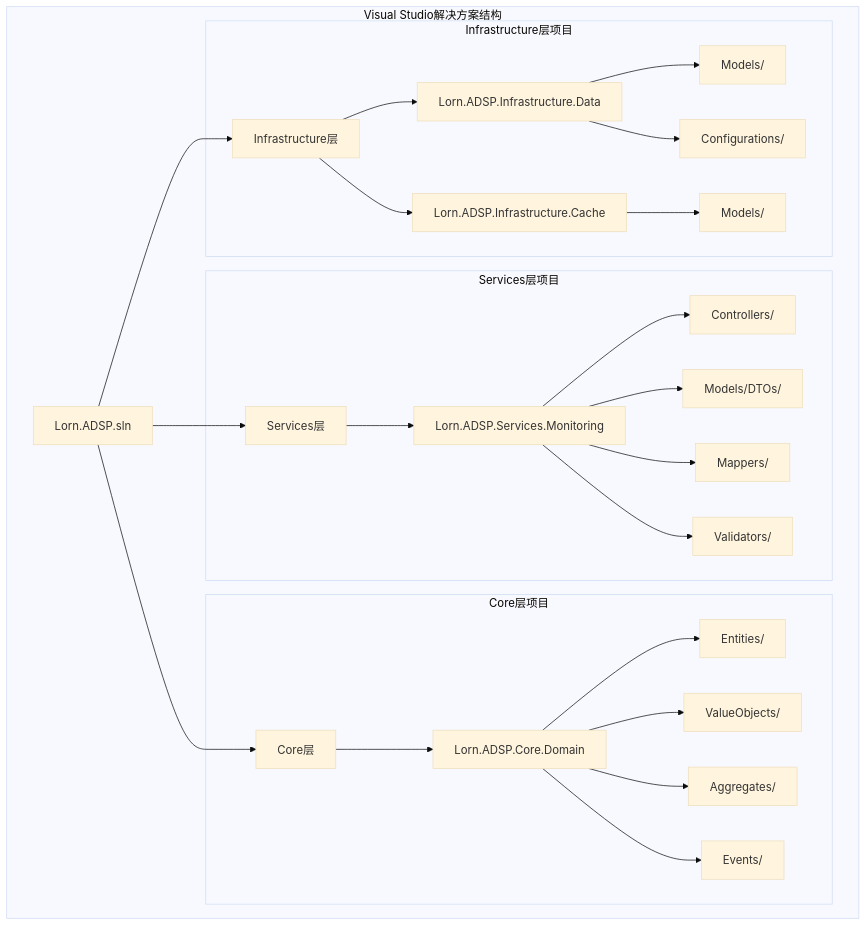
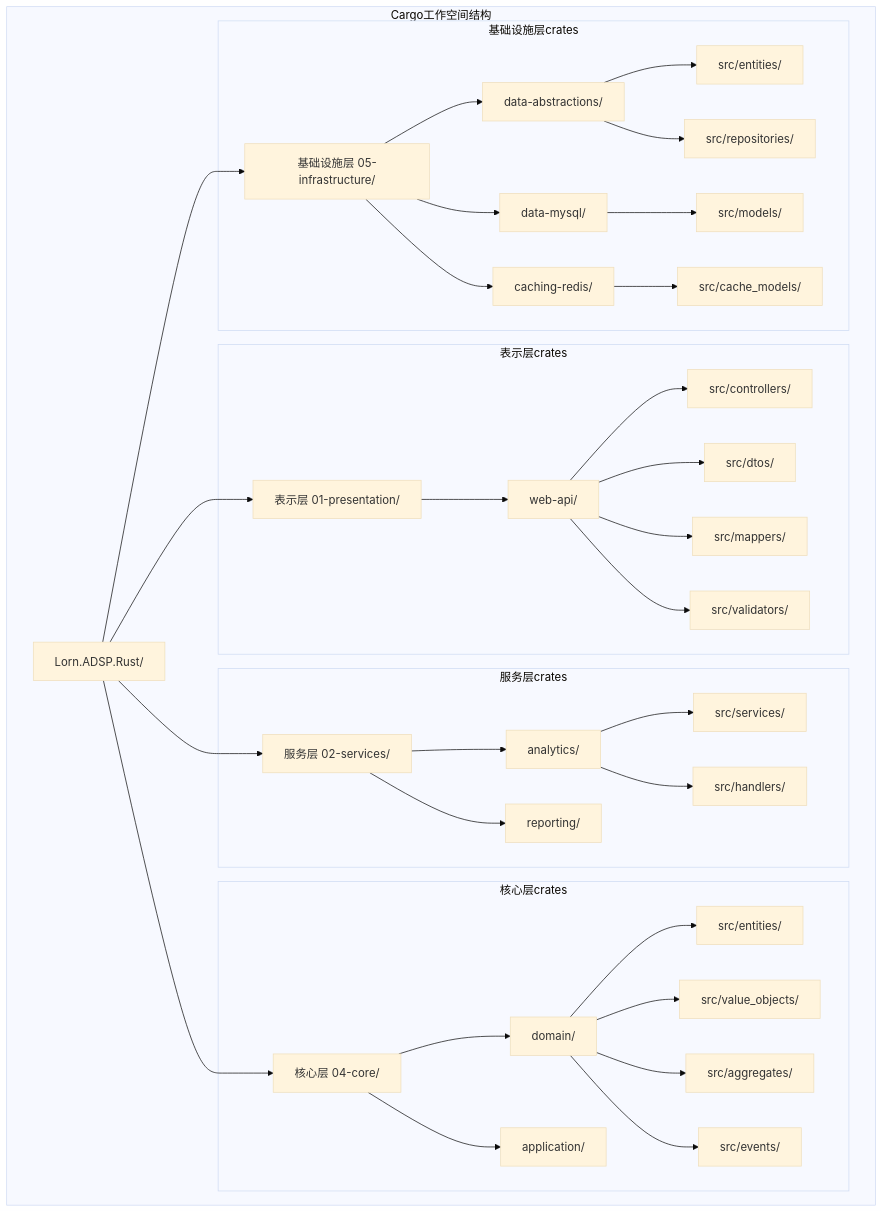
Before and after one commit to lornshrimp/Lorn.ADSP.Rust: the sixth of 10 diagrams in docs_TecDesign/广告投放引擎/广告效果监测服务设计/广告效果监测服务数据结构设计.md, drawn with Mermaid (base theme). The commit also changed other lines of this file and 8 other files, not shown here.

````diff
--- a/docs_TecDesign/广告投放引擎/广告效果监测服务设计/广告效果监测服务数据结构设计.md
+++ b/docs_TecDesign/广告投放引擎/广告效果监测服务设计/广告效果监测服务数据结构设计.md
@@ -445,32 +2833,43 @@
 ```mermaid
 graph TB
-    subgraph "Visual Studio解决方案结构"
-        A[Lorn.ADSP.sln] --> B[Services层]
-        A --> C[Core层]
-        A --> D[Infrastructure层]
+    subgraph "Cargo工作空间结构"
+        A[Lorn.ADSP.Rust/] --> B[表示层 01-presentation/]
+        A --> C[服务层 02-services/]
+        A --> D[核心层 04-core/]
+        A --> E[基础设施层 05-infrastructure/]
         
-        subgraph "Services层项目"
-            B --> B1[Lorn.ADSP.Services.Monitoring]
-            B1 --> B11[Controllers/]
-            B1 --> B12[Models/DTOs/]
-            B1 --> B13[Mappers/]
-            B1 --> B14[Validators/]
+        subgraph "表示层crates"
+            B --> B1[web-api/]
+            B1 --> B11[src/controllers/]
+            B1 --> B12[src/dtos/]
+            B1 --> B13[src/mappers/]
+            B1 --> B14[src/validators/]
         end
         
-        subgraph "Core层项目"
-            C --> C1[Lorn.ADSP.Core.Domain]
-            C1 --> C11[Entities/]
-            C1 --> C12[ValueObjects/]
-            C1 --> C13[Aggregates/]
-            C1 --> C14[Events/]
+        subgraph "服务层crates"
+            C --> C1[analytics/]
+            C --> C2[reporting/]
+            C1 --> C11[src/services/]
+            C1 --> C12[src/handlers/]
         end
         
-        subgraph "Infrastructure层项目"
-            D --> D1[Lorn.ADSP.Infrastructure.Data]
-            D --> D2[Lorn.ADSP.Infrastructure.Cache]
-            D1 --> D11[Models/]
-            D1 --> D12[Configurations/]
-            D2 --> D21[Models/]
+        subgraph "核心层crates"
+            D --> D1[domain/]
+            D --> D2[application/]
+            D1 --> D11[src/entities/]
+            D1 --> D12[src/value_objects/]
+            D1 --> D13[src/aggregates/]
+            D1 --> D14[src/events/]
+        end
+        
+        subgraph "基础设施层crates"
+            E --> E1[data-abstractions/]
+            E --> E2[data-mysql/]
+            E --> E3[caching-redis/]
+            E1 --> E11[src/entities/]
+            E1 --> E12[src/repositories/]
+            E2 --> E21[src/models/]
+            E3 --> E31[src/cache_models/]
         end
     end
 ```
````
